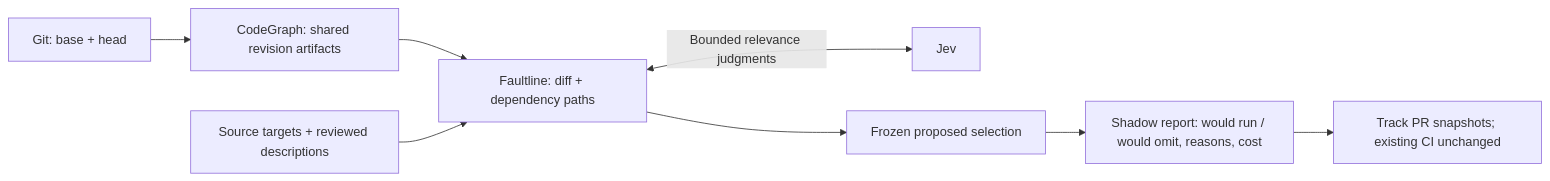
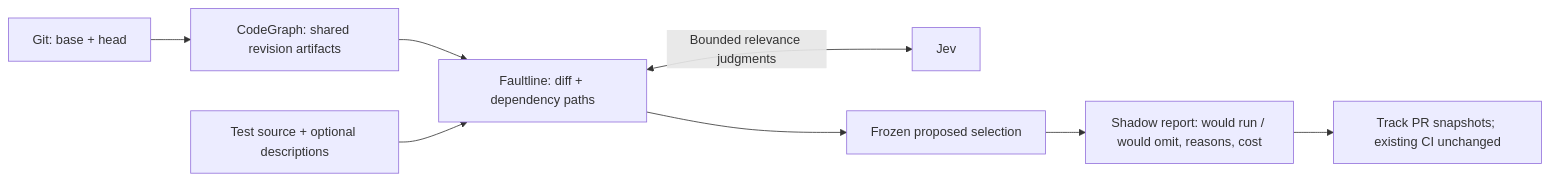
The diagram in README.md (ronaldtebrake/faultline), drawn with Mermaid before and after one commit. The commit also changed other lines of this file and 21 other files, not shown here.

Commit message:
Score framework-neutral test source with CodeGraph and Jev

````diff
--- a/README.md
+++ b/README.md
@@ -25,10 +25,10 @@
 ```mermaid
 flowchart LR
     G["Git: base + head"] --> CGraph["CodeGraph: shared revision artifacts"]
     CGraph --> F["Faultline: diff + dependency paths"]
-    T["Source targets + reviewed descriptions"] --> F
+    T["Test source + optional descriptions"] --> F
     F <-->|"Bounded relevance judgments"| J["Jev"]
     F --> S["Frozen proposed selection"]
     S --> R["Shadow report: would run / would omit, reasons, cost"]
     R --> H["Track PR snapshots; existing CI unchanged"]
 ```
````
